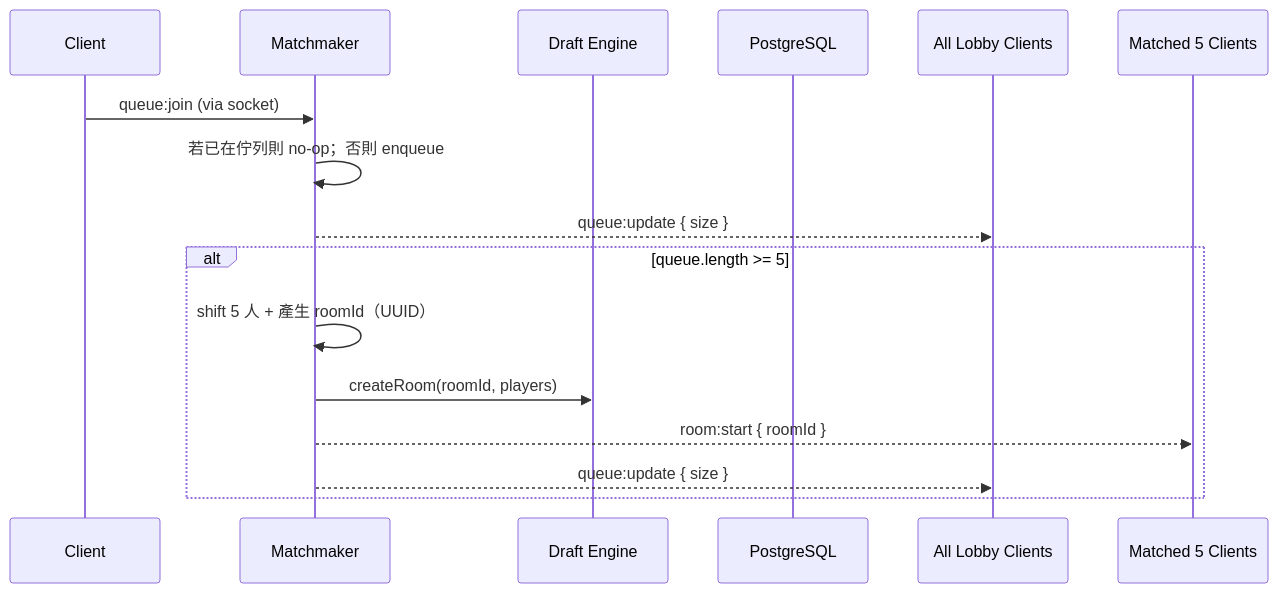
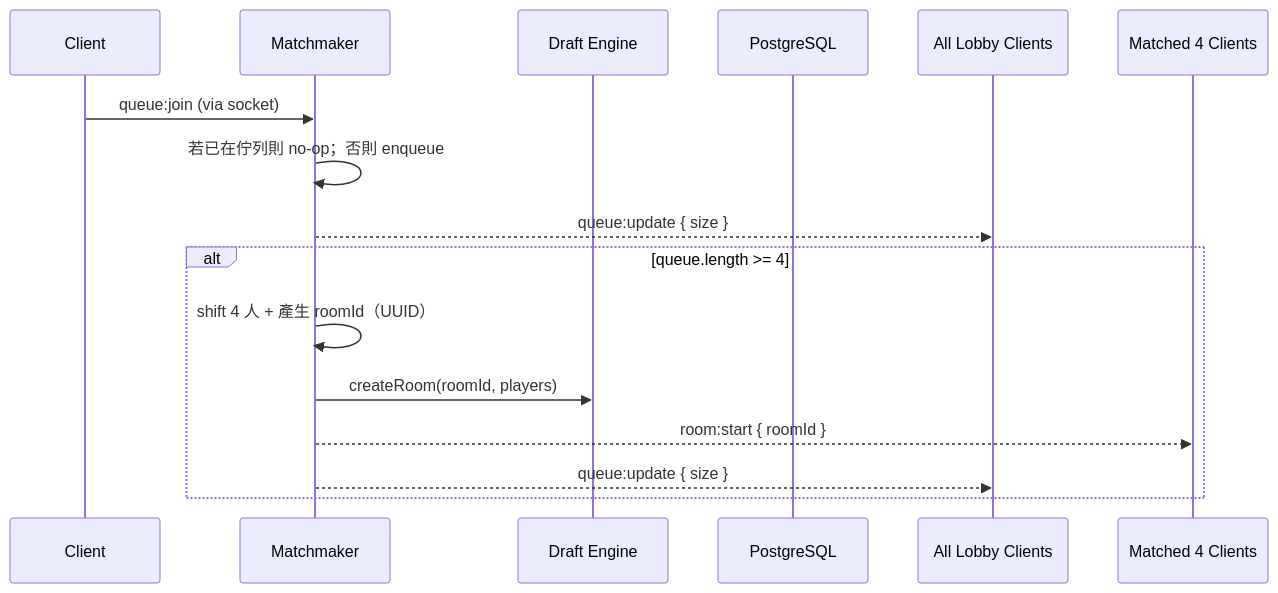
One commit to zhijiehuang111/game-draft-system changed the second of 5 diagrams in docs/detailed-design.md. Above: the diagram before and after it, drawn with Mermaid. The commit also changed other lines of this file and 13 other files, not shown here.

````diff
--- a/docs/detailed-design.md
+++ b/docs/detailed-design.md
@@ -177,20 +177,20 @@
 ```mermaid
 sequenceDiagram
   participant C as Client
   participant MM as Matchmaker
   participant DE as Draft Engine
   participant DB as PostgreSQL
   participant Lobby as All Lobby Clients
-  participant Room as Matched 5 Clients
+  participant Room as Matched 4 Clients
 
   C->>MM: queue:join (via socket)
   MM->>MM: 若已在佇列則 no-op；否則 enqueue
   MM-->>Lobby: queue:update { size }
 
-  alt queue.length >= 5
-    MM->>MM: shift 5 人 + 產生 roomId（UUID）
+  alt queue.length >= 4
+    MM->>MM: shift 4 人 + 產生 roomId（UUID）
     MM->>DE: createRoom(roomId, players)
     MM-->>Room: room:start { roomId }
     MM-->>Lobby: queue:update { size }
   end
 ```
````
